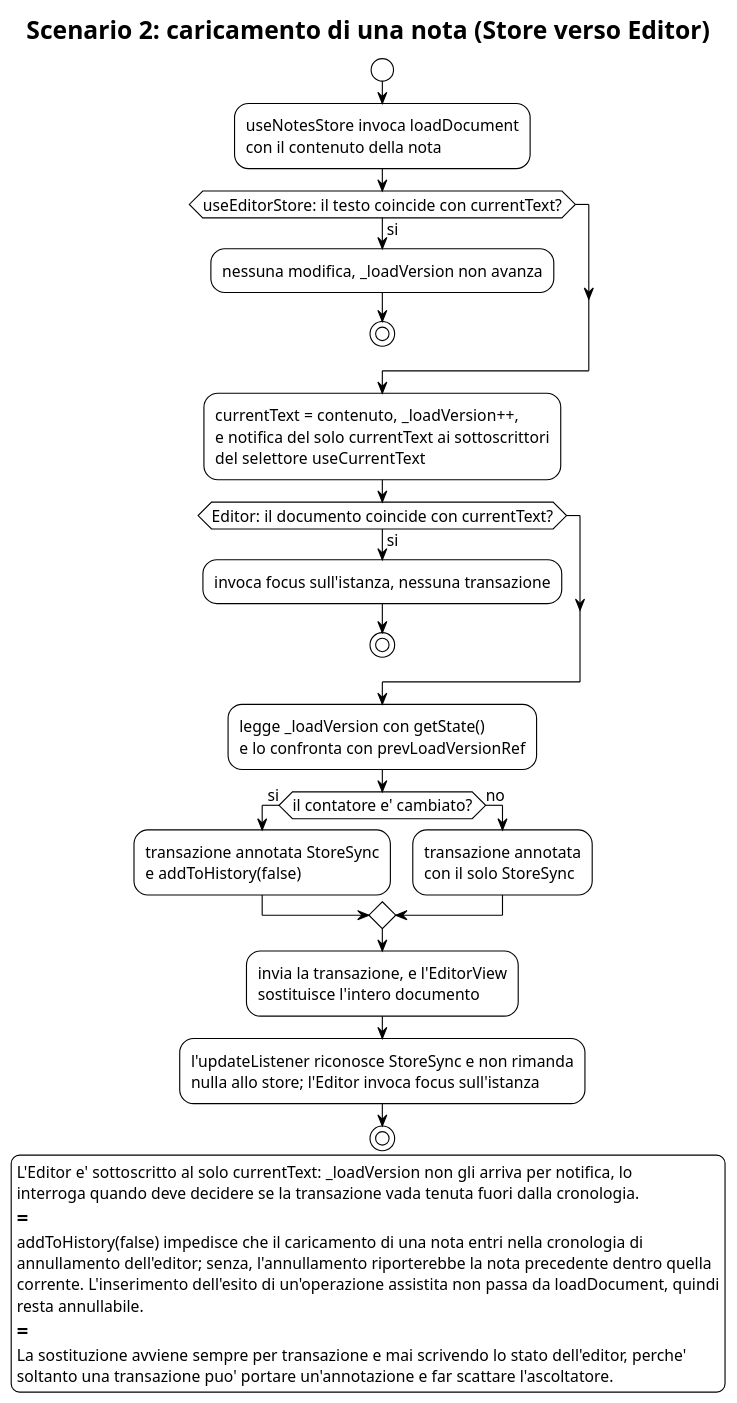
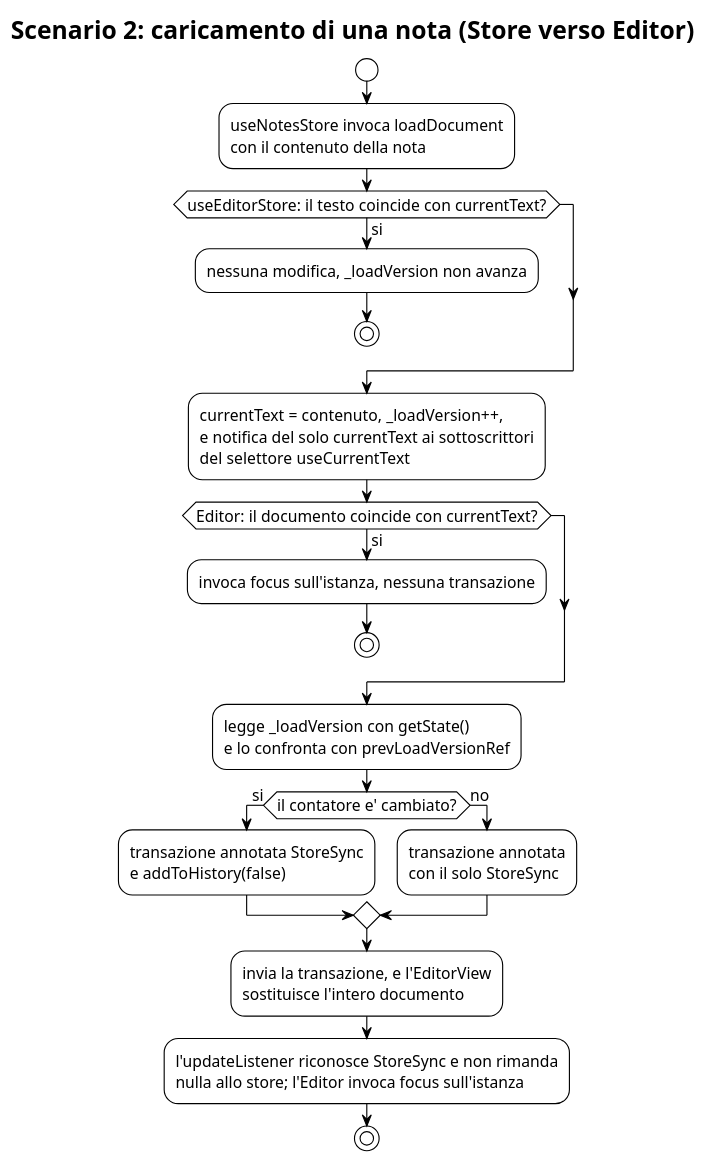
One commit to thebitless-group-swe/thebitless.github.io changed the diagram in PB/doc_esterna/specifica_tecnica/assets/plantuml/UML3.3.4-2.puml. Above: the diagram before and after it, drawn with PlantUML. The commit also changed 35 other files, not shown here.

```diff
--- a/PB/doc_esterna/specifica_tecnica/assets/plantuml/UML3.3.4-2.puml
+++ b/PB/doc_esterna/specifica_tecnica/assets/plantuml/UML3.3.4-2.puml
@@ -1,55 +1,42 @@
 @startuml
 !theme plain
 skinparam shadowing false
 skinparam defaultFontSize 14
 
 title Scenario 2: caricamento di una nota (Store verso Editor)
 
 start
 :useNotesStore invoca loadDocument
 con il contenuto della nota;
 
 if (useEditorStore: il testo coincide con currentText?) then (si)
   :nessuna modifica, _loadVersion non avanza;
   stop
 endif
 
 :currentText = contenuto, _loadVersion++,
 e notifica del solo currentText ai sottoscrittori
 del selettore useCurrentText;
 
 if (Editor: il documento coincide con currentText?) then (si)
   :invoca focus sull'istanza, nessuna transazione;
   stop
 endif
 
 :legge _loadVersion con getState()
 e lo confronta con prevLoadVersionRef;
 if (il contatore e' cambiato?) then (si)
   :transazione annotata StoreSync
   e addToHistory(false);
 else (no)
   :transazione annotata
   con il solo StoreSync;
 endif
 
 :invia la transazione, e l'EditorView
 sostituisce l'intero documento;
 :l'updateListener riconosce StoreSync e non rimanda
 nulla allo store; l'Editor invoca focus sull'istanza;
 stop
 
-legend bottom
-  L'Editor e' sottoscritto al solo currentText: _loadVersion non gli arriva per notifica, lo
-  interroga quando deve decidere se la transazione vada tenuta fuori dalla cronologia.
-  ==
-  addToHistory(false) impedisce che il caricamento di una nota entri nella cronologia di
-  annullamento dell'editor; senza, l'annullamento riporterebbe la nota precedente dentro quella
-  corrente. L'inserimento dell'esito di un'operazione assistita non passa da loadDocument, quindi
-  resta annullabile.
-  ==
-  La sostituzione avviene sempre per transazione e mai scrivendo lo stato dell'editor, perche'
-  soltanto una transazione puo' portare un'annotazione e far scattare l'ascoltatore.
-endlegend
-
 @enduml
```
